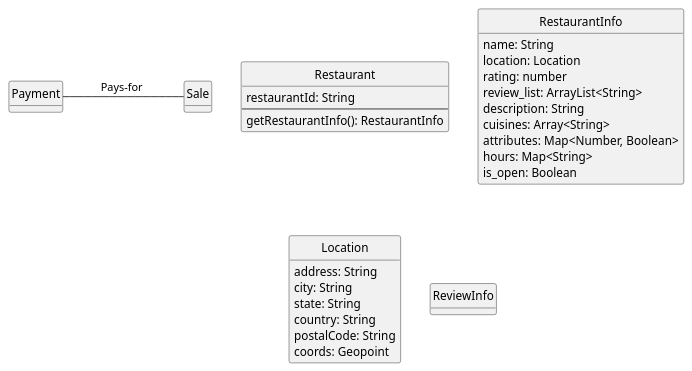
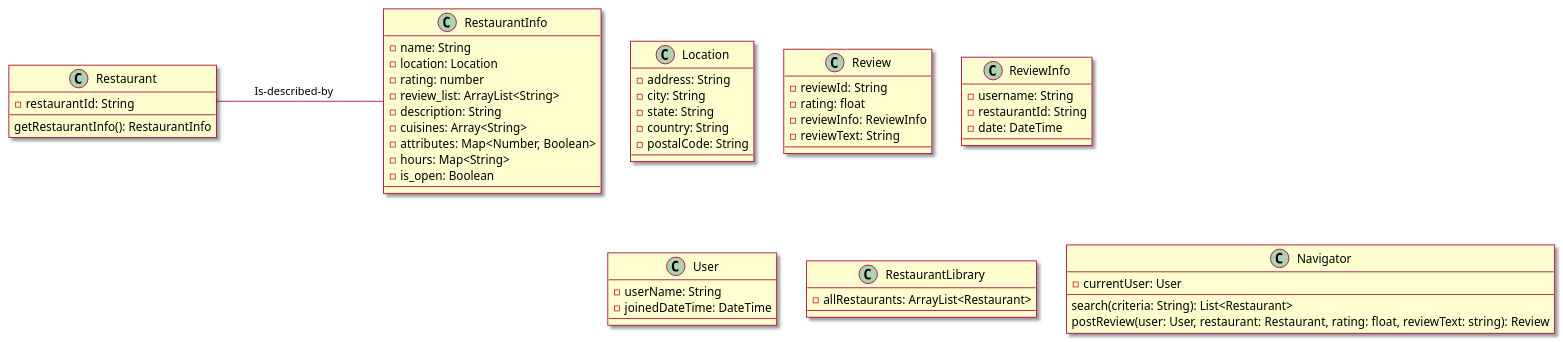
Before and after one commit to tanwasp/LunchBox-Android: the second of 2 diagrams in intellij/doc/design.md, drawn with PlantUML. The commit also changed other lines of this file, not shown here.

Commit message:
Class diagram base

````diff
--- a/intellij/doc/design.md
+++ b/intellij/doc/design.md
@@ -32,38 +13,64 @@
 ```plantuml
 @startuml
-hide circle
-hide empty methods
-' classes
+skin rose
+'skinparam classAttributeIconSize 0
 
 class Restaurant{
-    restaurantId: String
+    -restaurantId: String
     --
     getRestaurantInfo(): RestaurantInfo
 }
 
 class RestaurantInfo{
-    name: String
-    location: Location
-    rating: number
-    review_list: ArrayList<String>
-    description: String
-    cuisines: Array<String>
-    attributes: Map<Number, Boolean>
-    hours: Map<String>
-    is_open: Boolean
+    -name: String
+    -location: Location
+    -rating: number
+    -review_list: ArrayList<String>
+    -description: String
+    -cuisines: Array<String>
+    -attributes: Map<Number, Boolean>
+    -hours: Map<String>
+    -is_open: Boolean
 }
 
 class Location{
-    address: String
-    city: String
-    state: String
-    country: String
-    postalCode: String
-    coords: Geopoint
+    -address: String
+    -city: String
+    -state: String
+    -country: String
+    -postalCode: String
 }
 
-class ReviewInfo
+class Review{
+    -reviewId: String
+    -rating: float
+    -reviewInfo: ReviewInfo
+    -reviewText: String
+}
+
+class ReviewInfo{
+    -username: String
+    -restaurantId: String
+    -date: DateTime
+}
+
+class User{
+    -userName: String
+    -joinedDateTime: DateTime
+}
+
+class RestaurantLibrary{
+    -allRestaurants: ArrayList<Restaurant>
+}
+
+class Navigator{
+    -currentUser: User
+    --
+    search(criteria: String): List<Restaurant>
+    postReview(user: User, restaurant: Restaurant, rating: float, reviewText: string): Review
+}
+
 ' associations
-Payment  -  Sale : \tPays-for\t\t
+Restaurant  -  RestaurantInfo : \tIs-described-by\t\t
 @enduml
 ```
````
